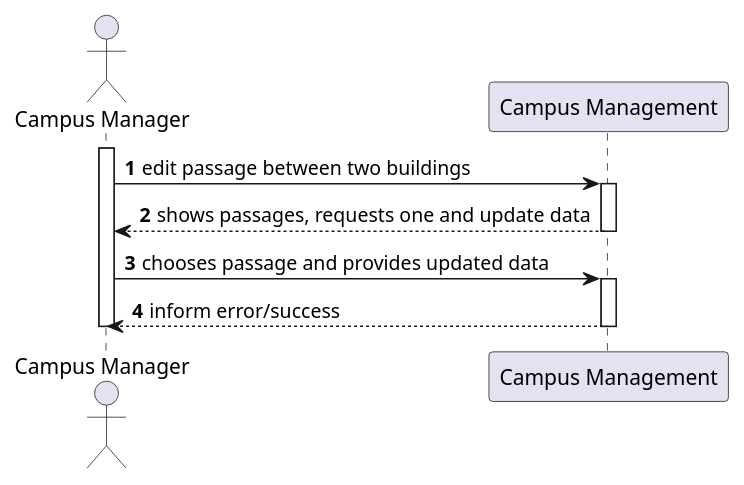
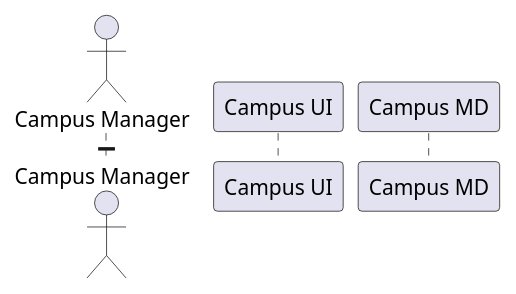
Before and after one commit to Departamento-de-Engenharia-Informatica/lapr5-23-24-g19: the diagram in docs/us1180/level2/process-view.puml, drawn with PlantUML. The commit also changed 15 other files, not shown here.

```diff
--- a/docs/us1180/level2/process-view.puml
+++ b/docs/us1180/level2/process-view.puml
@@ -1,20 +1,23 @@
 @startuml
 autonumber
 
 actor "Campus Manager" as usr
 
-participant "Campus Management" as mng
+participant "Campus UI" as ui
+participant "Campus MD" as md
 
 activate usr
-    usr -> mng : edit passage between two buildings
-    activate mng
-        mng --> usr : shows passages, requests one and update data
-    deactivate mng
+    ' TODO: investigate UI workflow
 
-    usr -> mng : chooses passage and provides updated data
-    activate mng
-        mng --> usr : inform error/success
-    deactivate mng
+    ' usr -> ui : edit passage between two buildings
+    ' activate ui
+    '     ui --> usr : shows passages, requests one and update data
+    ' deactivate ui
+
+    ' usr -> ui : chooses passage and provides updated data
+    ' activate ui
+    '     ui --> usr : inform error/success
+    ' deactivate ui
 deactivate usr
 
 @enduml
```
